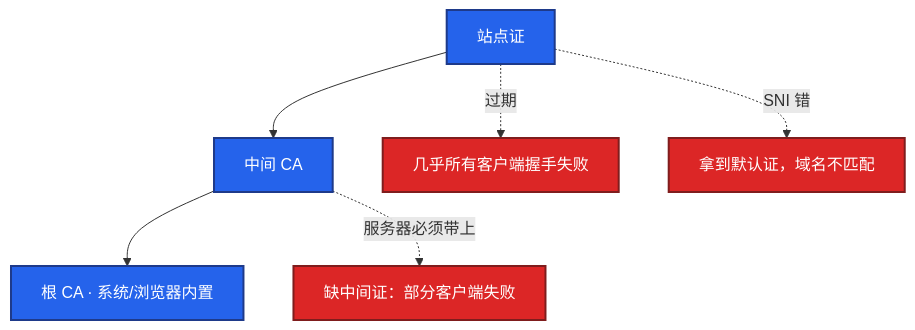
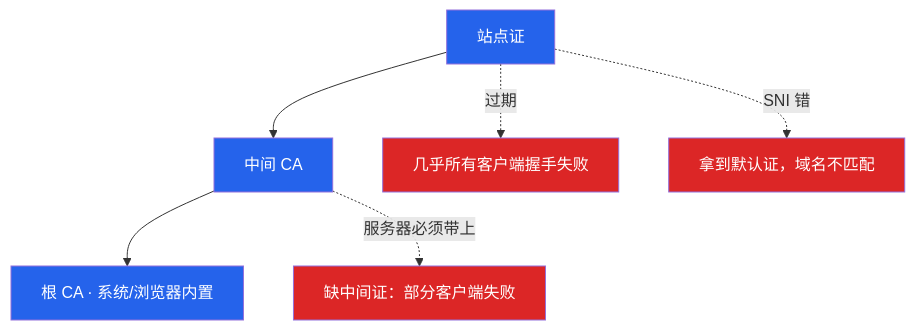
The sixth of 7 diagrams in 02-基础底座/09-HTTP与TLS/知识点.md (ml-cuizijun/LearnToLilith), drawn with Mermaid before and after one commit. The commit also changed other lines of this file and 213 other files, not shown here.

````diff
--- a/02-基础底座/09-HTTP与TLS/知识点.md
+++ b/02-基础底座/09-HTTP与TLS/知识点.md
@@ -290,15 +240,14 @@
 ```mermaid
 flowchart TB
     leaf[站点证] --> mid[中间 CA]
     mid --> root[根 CA · 系统/浏览器内置]
 
     leaf -.->|过期| f1[几乎所有客户端握手失败]
     mid -.->|服务器必须带上| f2[缺中间证：部分客户端失败]
     leaf -.->|SNI 错| f3[拿到默认证，域名不匹配]
 
-    classDef a fill:#2563EB,stroke:#1E3A8A,stroke-width:2px,color:#fff
-    classDef b fill:#7C3AED,stroke:#4C1D95,stroke-width:2px,color:#fff
-    classDef c fill:#DC2626,stroke:#7F1D1D,stroke-width:2px,color:#fff
+    classDef a fill:#2563EB,color:#fff
+    classDef c fill:#DC2626,color:#fff
     class leaf,mid,root a
     class f1,f2,f3 c
 ```
````
